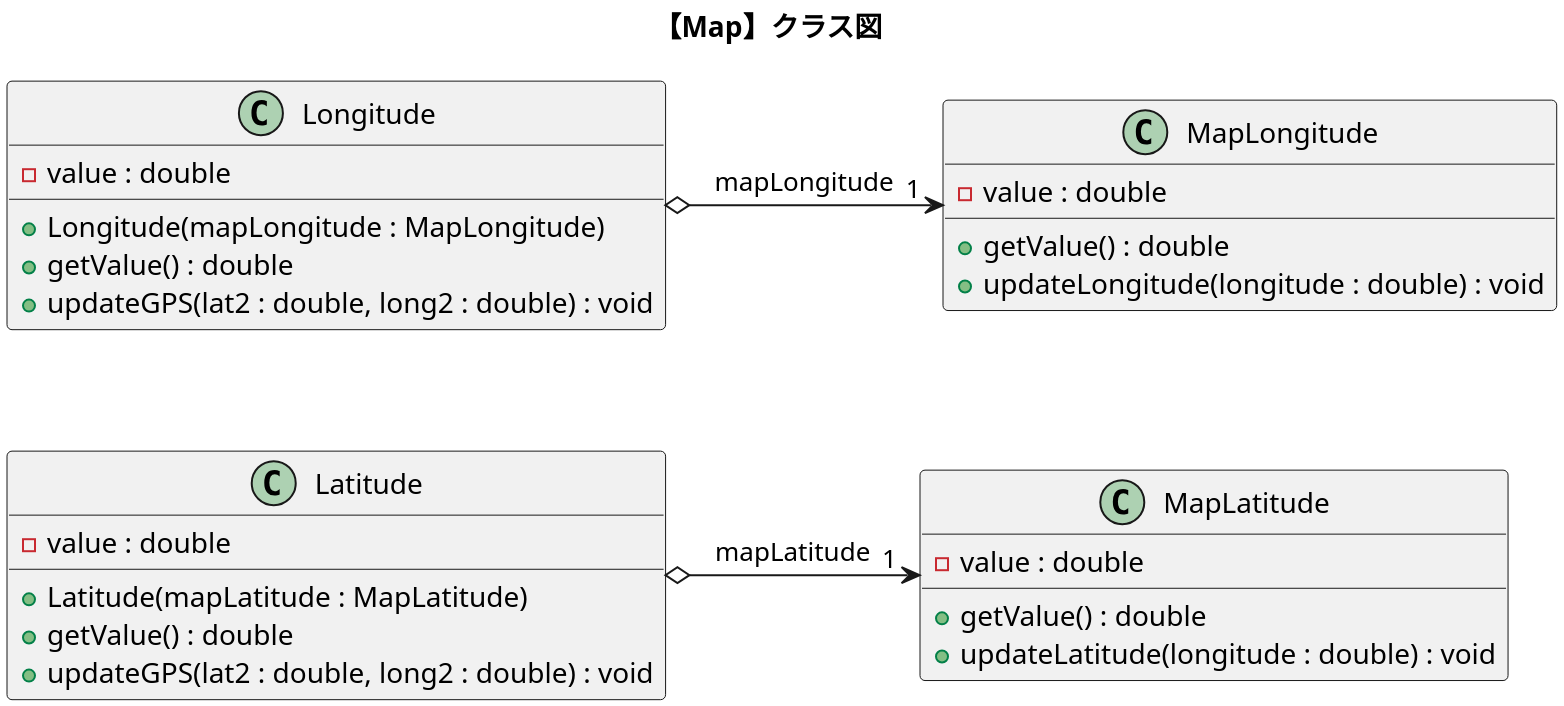
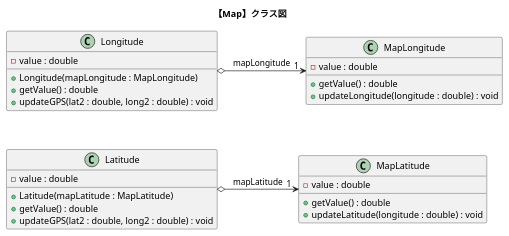
Before and after one commit to nitta-lab/TwoStagesModelingExperiments: the diagram in puml/classes/map_class_push.puml, drawn with PlantUML. The commit also changed 3 other files, not shown here.

Commit message:
・表記修正と図の修正

```diff
--- a/puml/classes/map_class_push.puml
+++ b/puml/classes/map_class_push.puml
@@ -1,40 +1,38 @@
 @startuml map_class_push
 title "【Map】クラス図"
-
-skinparam dpi 300
 
 together {
     class "Longitude"{
         -value : double
         +Longitude(mapLongitude : MapLongitude)
         +getValue() : double
         +updateGPS(lat2 : double, long2 : double) : void
     }
 
     class "Latitude"{
         -value : double
         +Latitude(mapLatitude : MapLatitude)
         +getValue() : double
         +updateGPS(lat2 : double, long2 : double) : void
     }
 }
 
 class "MapLongitude"{
     -value : double
     +getValue() : double
     +updateLongitude(longitude : double) : void
 }
 
 class "MapLatitude"{
     -value : double
     +getValue() : double
     +updateLatitude(longitude : double) : void
 }
 
 
 Longitude  o--right-> "1 " MapLongitude : "  mapLongitude  "
 Longitude  -[hidden]-     Latitude
 
 Latitude   o--right-> "1 " MapLatitude : "  mapLatitude  "
 
 @enduml
```
